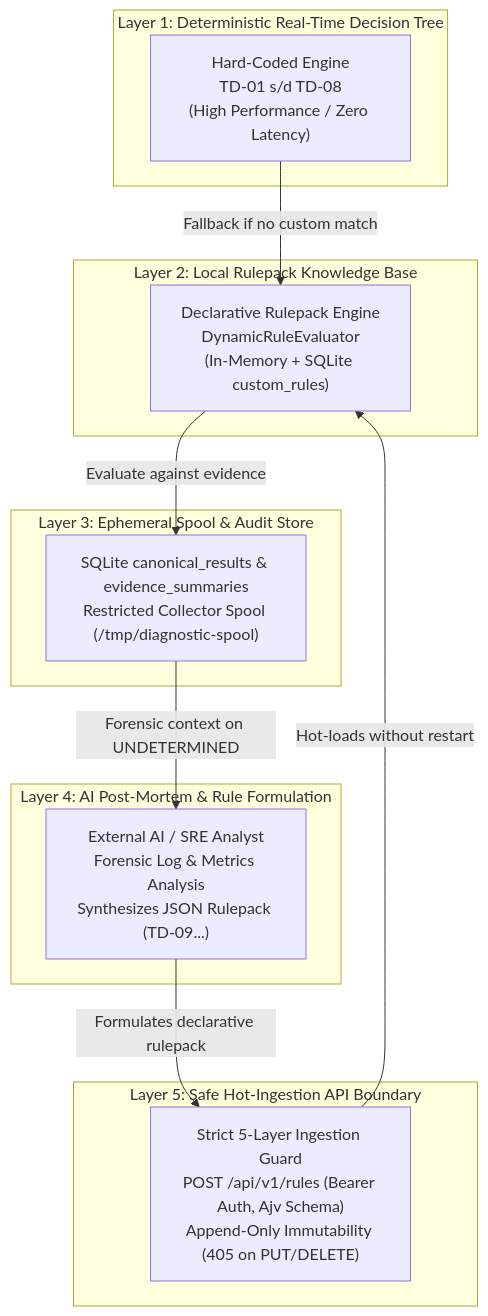
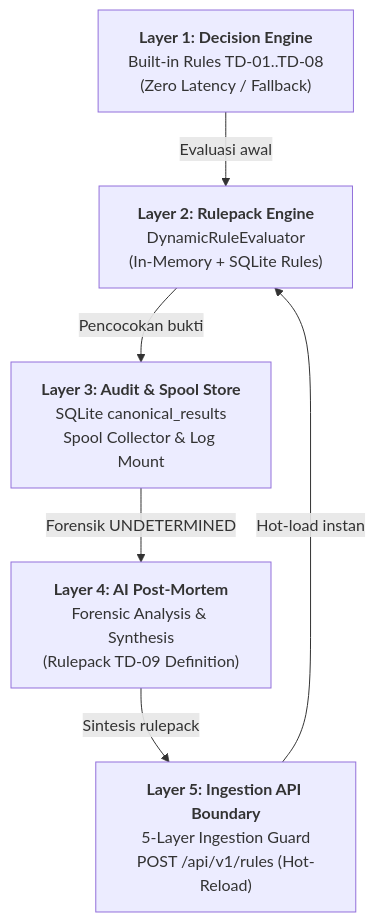
Before and after one commit to edkas07-oss/devops-handbook: the diagram in docs/projects/tomcat-monitoring/engineering-journal/diagnostic-mvp-pilot/TN-020-consolidate-diagnostic-mvp-portfolio-and-plan-next-phase.md, drawn with Mermaid.

Commit message:
docs(tn-020): compact Mermaid diagram node labels and remove nested subgraphs

````diff
--- a/docs/projects/tomcat-monitoring/engineering-journal/diagnostic-mvp-pilot/TN-020-consolidate-diagnostic-mvp-portfolio-and-plan-next-phase.md
+++ b/docs/projects/tomcat-monitoring/engineering-journal/diagnostic-mvp-pilot/TN-020-consolidate-diagnostic-mvp-portfolio-and-plan-next-phase.md
@@ -72,28 +72,14 @@
 ```mermaid
 flowchart TD
-    subgraph L1 ["Layer 1: Deterministic Real-Time Decision Tree"]
-        TD_CORE["Hard-Coded Engine<br/>TD-01 s/d TD-08<br/>(High Performance / Zero Latency)"]
-    end
+    L1["<b>Layer 1: Decision Engine</b><br/>Built-in Rules TD-01..TD-08<br/>(Zero Latency / Fallback)"]
+    L2["<b>Layer 2: Rulepack Engine</b><br/>DynamicRuleEvaluator<br/>(In-Memory + SQLite Rules)"]
+    L3["<b>Layer 3: Audit & Spool Store</b><br/>SQLite canonical_results<br/>Spool Collector & Log Mount"]
+    L4["<b>Layer 4: AI Post-Mortem</b><br/>Forensic Analysis & Synthesis<br/>(Rulepack TD-09 Definition)"]
+    L5["<b>Layer 5: Ingestion API Boundary</b><br/>5-Layer Ingestion Guard<br/>POST /api/v1/rules (Hot-Reload)"]
 
-    subgraph L2 ["Layer 2: Local Rulepack Knowledge Base"]
-        RP_CORE["Declarative Rulepack Engine<br/>DynamicRuleEvaluator<br/>(In-Memory + SQLite custom_rules)"]
-    end
-
-    subgraph L3 ["Layer 3: Ephemeral Spool & Audit Store"]
-        AUDIT["SQLite canonical_results & evidence_summaries<br/>Restricted Collector Spool (/tmp/diagnostic-spool)"]
-    end
-
-    subgraph L4 ["Layer 4: AI Post-Mortem & Rule Formulation"]
-        AI_OPS["External AI / SRE Analyst<br/>Forensic Log & Metrics Analysis<br/>Synthesizes JSON Rulepack (TD-09...)"]
-    end
-
-    subgraph L5 ["Layer 5: Safe Hot-Ingestion API Boundary"]
-        API_SEC["Strict 5-Layer Ingestion Guard<br/>POST /api/v1/rules (Bearer Auth, Ajv Schema)<br/>Append-Only Immutability (405 on PUT/DELETE)"]
-    end
-
-    TD_CORE -->|Fallback if no custom match| RP_CORE
-    RP_CORE -->|Evaluate against evidence| AUDIT
-    AUDIT -->|Forensic context on UNDETERMINED| AI_OPS
-    AI_OPS -->|Formulates declarative rulepack| API_SEC
-    API_SEC -->|Hot-loads without restart| RP_CORE
+    L1 -->|"Evaluasi awal"| L2
+    L2 -->|"Pencocokan bukti"| L3
+    L3 -->|"Forensik UNDETERMINED"| L4
+    L4 -->|"Sintesis rulepack"| L5
+    L5 -->|"Hot-load instan"| L2
 ```
````
